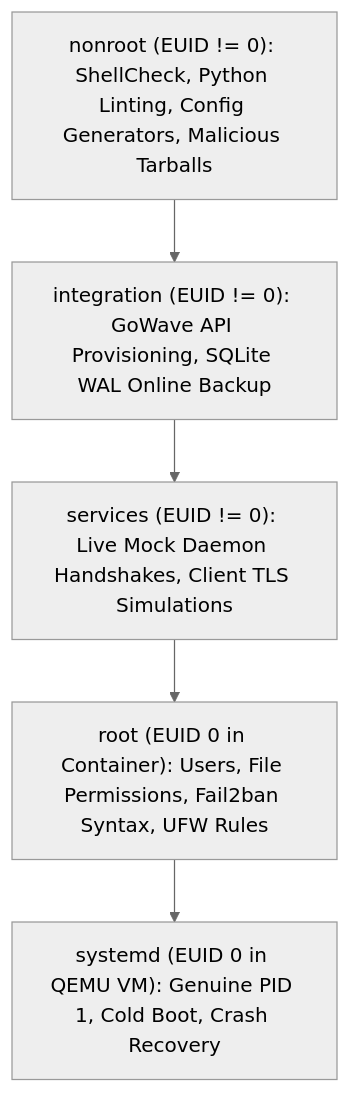
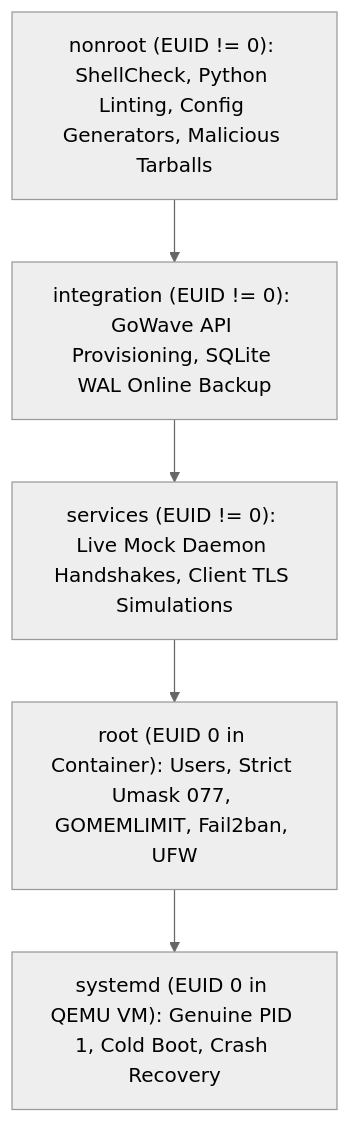
Before and after one commit to satanmaker/gowave-auto-nginx: the first of 2 diagrams in openspec/changes/gowave-auto-nginx/TESTING_STRATEGY.md, drawn with Mermaid (neutral theme). The commit also changed other lines of this file and 3 other files, not shown here.

Commit message:
docs(spec): address audit minor recommendations (cross-links, strict umask test, fallback log fields)

````diff
--- a/openspec/changes/gowave-auto-nginx/TESTING_STRATEGY.md
+++ b/openspec/changes/gowave-auto-nginx/TESTING_STRATEGY.md
@@ -45,10 +45,10 @@
 ```mermaid
 flowchart TD
     systemd["systemd (EUID 0 in QEMU VM): Genuine PID 1, Cold Boot, Crash Recovery"]
-    root["root (EUID 0 in Container): Users, File Permissions, Fail2ban Syntax, UFW Rules"]
+    root["root (EUID 0 in Container): Users, Strict Umask 077, GOMEMLIMIT, Fail2ban, UFW"]
     services["services (EUID != 0): Live Mock Daemon Handshakes, Client TLS Simulations"]
     integration["integration (EUID != 0): GoWave API Provisioning, SQLite WAL Online Backup"]
     nonroot["nonroot (EUID != 0): ShellCheck, Python Linting, Config Generators, Malicious Tarballs"]
     
     nonroot --> integration --> services --> root --> systemd
 ```
````
